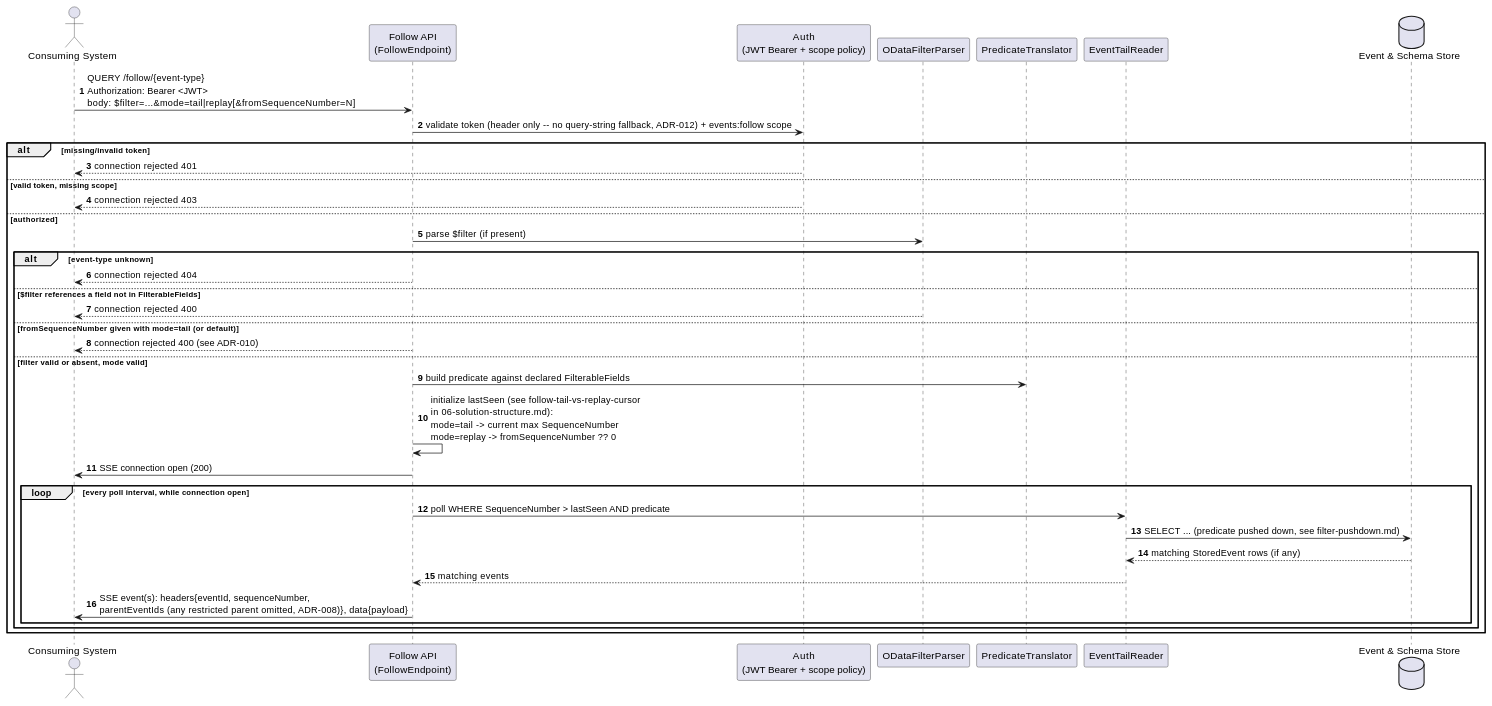
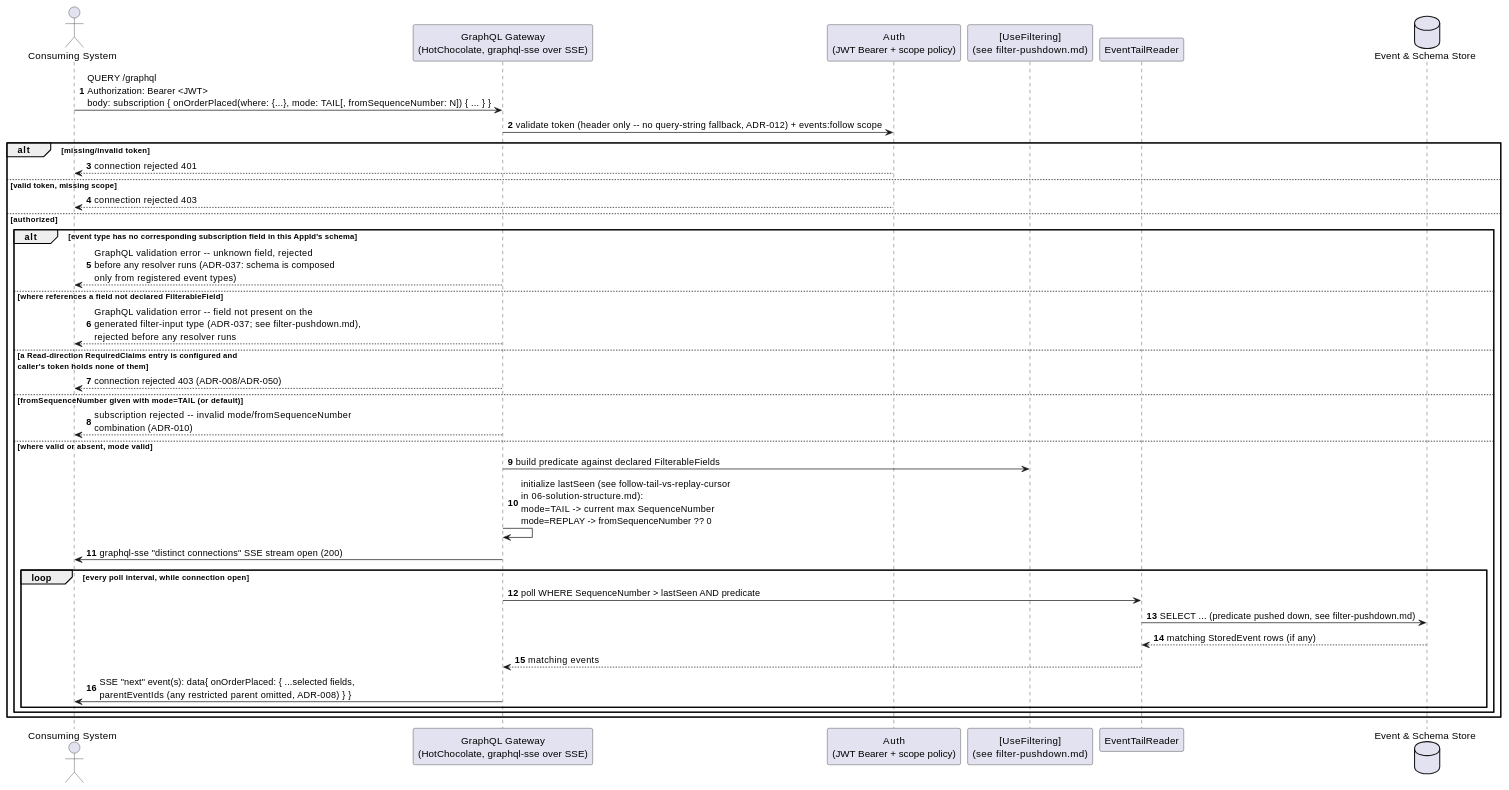
Before and after one commit to Mwwhited-BookLearning/EventSourcing: the first of 2 diagrams in docs/features/follow-subscribe.md, drawn with PlantUML. The commit also changed other lines of this file and 37 other files, not shown here.

````diff
--- a/docs/features/follow-subscribe.md
+++ b/docs/features/follow-subscribe.md
@@ -29,40 +26,40 @@
 ```plantuml
 @startuml Follow_Sequence
 autonumber
 actor "Consuming System" as follower
-participant "Follow API\n(FollowEndpoint)" as endpoint
+participant "GraphQL Gateway\n(HotChocolate, graphql-sse over SSE)" as gateway
 participant "Auth\n(JWT Bearer + scope policy)" as auth
-participant "ODataFilterParser" as parser
-participant "PredicateTranslator" as translator
+participant "[UseFiltering]\n(see filter-pushdown.md)" as filtering
 participant "EventTailReader" as tailReader
 database "Event & Schema Store" as db
 
-follower -> endpoint: QUERY /follow/{event-type}\nAuthorization: Bearer <JWT>\nbody: $filter=...&mode=tail|replay[&fromSequenceNumber=N]
-endpoint -> auth: validate token (header only -- no query-string fallback, ADR-012) + events:follow scope
+follower -> gateway: QUERY /graphql\nAuthorization: Bearer <JWT>\nbody: subscription { onOrderPlaced(where: {...}, mode: TAIL[, fromSequenceNumber: N]) { ... } }
+gateway -> auth: validate token (header only -- no query-string fallback, ADR-012) + events:follow scope
 alt missing/invalid token
   auth --> follower: connection rejected 401
 else valid token, missing scope
   auth --> follower: connection rejected 403
 else authorized
-  endpoint -> parser: parse $filter (if present)
-  alt event-type unknown
-    endpoint --> follower: connection rejected 404
-  else $filter references a field not in FilterableFields
-    parser --> follower: connection rejected 400
-  else fromSequenceNumber given with mode=tail (or default)
-    endpoint --> follower: connection rejected 400 (see ADR-010)
-  else filter valid or absent, mode valid
-    endpoint -> translator: build predicate against declared FilterableFields
-    endpoint -> endpoint: initialize lastSeen (see follow-tail-vs-replay-cursor\nin 06-solution-structure.md):\nmode=tail -> current max SequenceNumber\nmode=replay -> fromSequenceNumber ?? 0
-    endpoint -> follower: SSE connection open (200)
+  alt event type has no corresponding subscription field in this AppId's schema
+    gateway --> follower: GraphQL validation error -- unknown field, rejected\nbefore any resolver runs (ADR-037: schema is composed\nonly from registered event types)
+  else where references a field not declared FilterableField
+    gateway --> follower: GraphQL validation error -- field not present on the\ngenerated filter-input type (ADR-037; see filter-pushdown.md),\nrejected before any resolver runs
+  else a Read-direction RequiredClaims entry is configured and\ncaller's token holds none of them
+    gateway --> follower: connection rejected 403 (ADR-008/ADR-050)
+  else fromSequenceNumber given with mode=TAIL (or default)
+    gateway --> follower: subscription rejected -- invalid mode/fromSequenceNumber\ncombination (ADR-010)
+  else where valid or absent, mode valid
+    gateway -> filtering: build predicate against declared FilterableFields
+    gateway -> gateway: initialize lastSeen (see follow-tail-vs-replay-cursor\nin 06-solution-structure.md):\nmode=TAIL -> current max SequenceNumber\nmode=REPLAY -> fromSequenceNumber ?? 0
+    gateway -> follower: graphql-sse "distinct connections" SSE stream open (200)
     loop every poll interval, while connection open
-      endpoint -> tailReader: poll WHERE SequenceNumber > lastSeen AND predicate
+      gateway -> tailReader: poll WHERE SequenceNumber > lastSeen AND predicate
       tailReader -> db: SELECT ... (predicate pushed down, see filter-pushdown.md)
       db --> tailReader: matching StoredEvent rows (if any)
-      tailReader --> endpoint: matching events
-      endpoint -> follower: SSE event(s): headers{eventId, sequenceNumber,\nparentEventIds (any restricted parent omitted, ADR-008)}, data{payload}
+      tailReader --> gateway: matching events
+      gateway -> follower: SSE "next" event(s): data{ onOrderPlaced: { ...selected fields,\nparentEventIds (any restricted parent omitted, ADR-008) } }
     end
   end
 end
 @enduml
 ```
````
